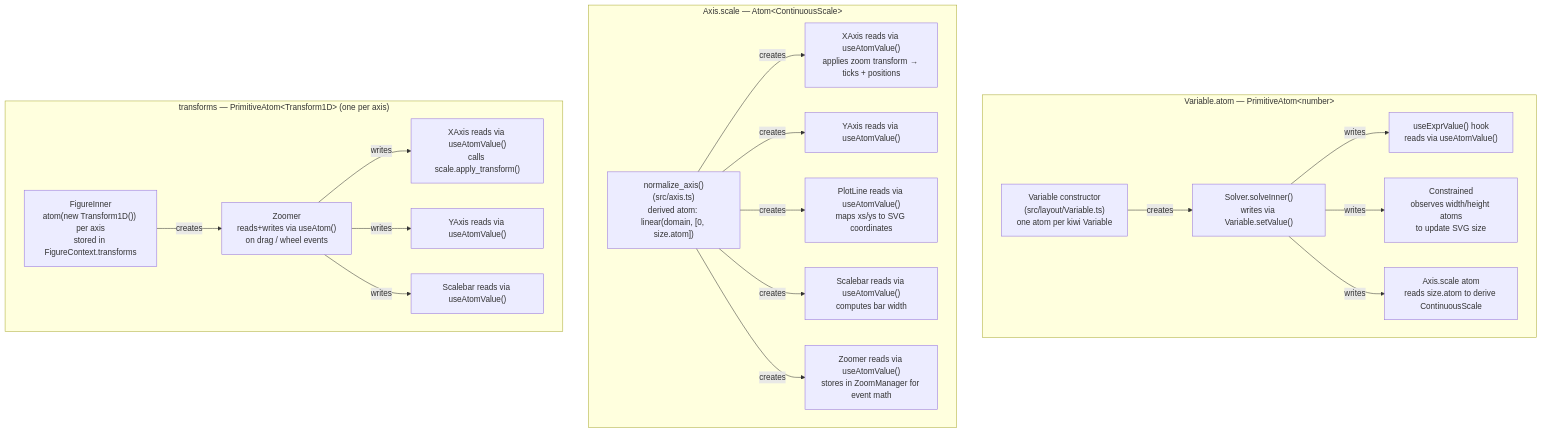
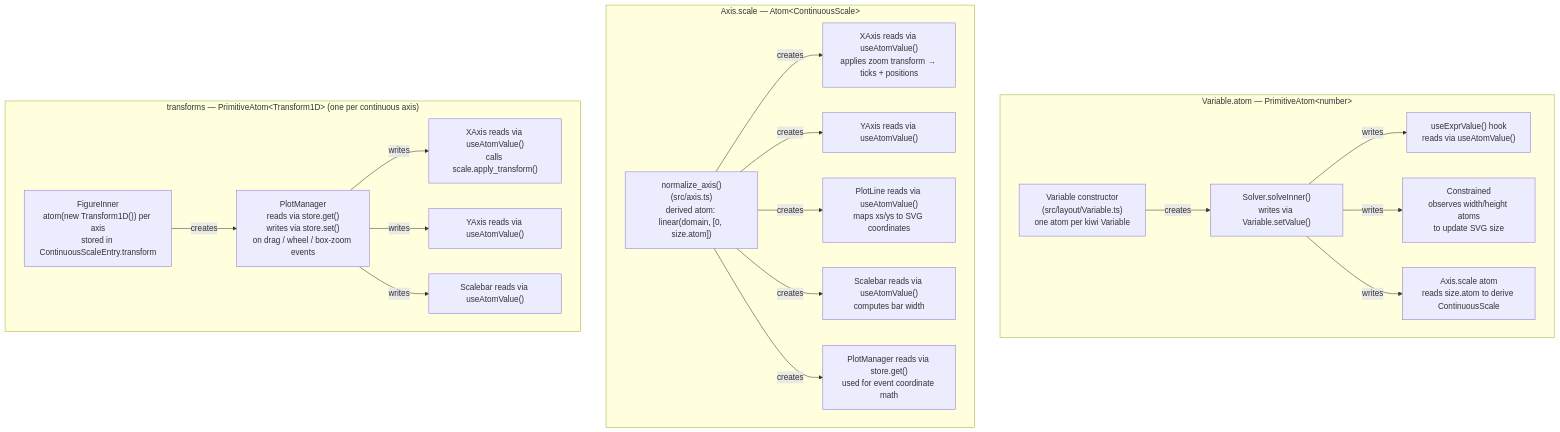
Before and after one commit to hexane360/plotlib: the second of 2 diagrams in ARCHITECTURE.md, drawn with Mermaid. The commit also changed other lines of this file and 1 other file, not shown here.

````diff
--- a/ARCHITECTURE.md
+++ b/ARCHITECTURE.md
@@ -134,43 +149,43 @@
 ```mermaid
 graph TD
     subgraph "Variable.atom  —  PrimitiveAtom&lt;number&gt;"
         VarCtor["Variable constructor\n(src/layout/Variable.ts)\none atom per kiwi Variable"]
         Solver["Solver.solveInner()\nwrites via Variable.setValue()"]
         useExprValue["useExprValue() hook\nreads via useAtomValue()"]
         Constrained2["Constrained\nobserves width/height atoms\nto update SVG size"]
         ScaleAtom["Axis.scale atom\nreads size.atom to derive ContinuousScale"]
 
         VarCtor -->|creates| Solver
         Solver -->|writes| useExprValue
         Solver -->|writes| Constrained2
         Solver -->|writes| ScaleAtom
     end
 
     subgraph "Axis.scale  —  Atom&lt;ContinuousScale&gt;"
         NormAxis["normalize_axis()\n(src/axis.ts)\nderived atom: linear(domain, [0, size.atom])"]
         XAxisR["XAxis reads via useAtomValue()\napplies zoom transform → ticks + positions"]
         YAxisR["YAxis reads via useAtomValue()"]
         PlotLineR["PlotLine reads via useAtomValue()\nmaps xs/ys to SVG coordinates"]
         ScalebarR["Scalebar reads via useAtomValue()\ncomputes bar width"]
-        ZoomerS["Zoomer reads via useAtomValue()\nstores in ZoomManager for event math"]
+        PlotMgrS["PlotManager reads via store.get()\nused for event coordinate math"]
 
         NormAxis -->|creates| XAxisR
         NormAxis -->|creates| YAxisR
         NormAxis -->|creates| PlotLineR
         NormAxis -->|creates| ScalebarR
-        NormAxis -->|creates| ZoomerS
+        NormAxis -->|creates| PlotMgrS
     end
 
-    subgraph "transforms  —  PrimitiveAtom&lt;Transform1D&gt;  (one per axis)"
-        FigureInner2["FigureInner\natom(new Transform1D()) per axis\nstored in FigureContext.transforms"]
-        ZoomerW["Zoomer\nreads+writes via useAtom()\non drag / wheel events"]
+    subgraph "transforms  —  PrimitiveAtom&lt;Transform1D&gt;  (one per continuous axis)"
+        FigureInner2["FigureInner\natom(new Transform1D()) per axis\nstored in ContinuousScaleEntry.transform"]
+        PlotMgrW["PlotManager\nreads via store.get()\nwrites via store.set()\non drag / wheel / box-zoom events"]
         XAxisT["XAxis reads via useAtomValue()\ncalls scale.apply_transform()"]
         YAxisT["YAxis reads via useAtomValue()"]
         ScalebarT["Scalebar reads via useAtomValue()"]
 
-        FigureInner2 -->|creates| ZoomerW
-        ZoomerW -->|writes| XAxisT
-        ZoomerW -->|writes| YAxisT
-        ZoomerW -->|writes| ScalebarT
+        FigureInner2 -->|creates| PlotMgrW
+        PlotMgrW -->|writes| XAxisT
+        PlotMgrW -->|writes| YAxisT
+        PlotMgrW -->|writes| ScalebarT
     end
 ```
````
